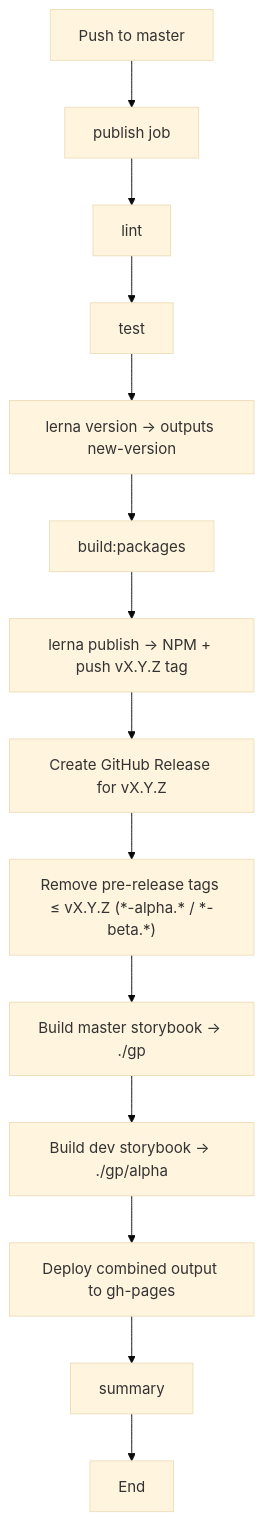
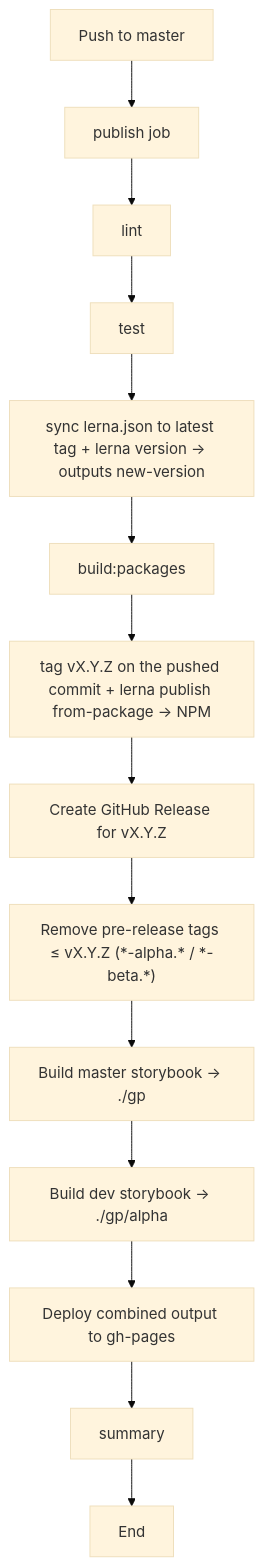
One commit to kelvininc/ui-components changed the third of 4 diagrams in .github/workflows/README.md. Above: the diagram before and after it, drawn with Mermaid (base theme). The commit also changed other lines of this file and 3 other files, not shown here.

First line of the commit message:
ci(release): tag the pushed commit instead of committing to master

````diff
--- a/.github/workflows/README.md
+++ b/.github/workflows/README.md
@@ -83,16 +83,16 @@
 ```mermaid
 graph TD
     A[Push to master] --> B[publish job]
     B --> C[lint]
     C --> D[test]
-    D --> E[lerna version → outputs new-version]
+    D --> E[sync lerna.json to latest tag + lerna version → outputs new-version]
     E --> F[build:packages]
-    F --> G[lerna publish → NPM + push vX.Y.Z tag]
+    F --> G[tag vX.Y.Z on the pushed commit + lerna publish from-package → NPM]
     G --> H[Create GitHub Release for vX.Y.Z]
     H --> I["Remove pre-release tags &le; vX.Y.Z (*-alpha.* / *-beta.*)"]
     I --> J[Build master storybook → ./gp]
     J --> K[Build dev storybook → ./gp/alpha]
     K --> L[Deploy combined output to gh-pages]
     L --> M[summary]
     M --> N[End]
 ```
````
